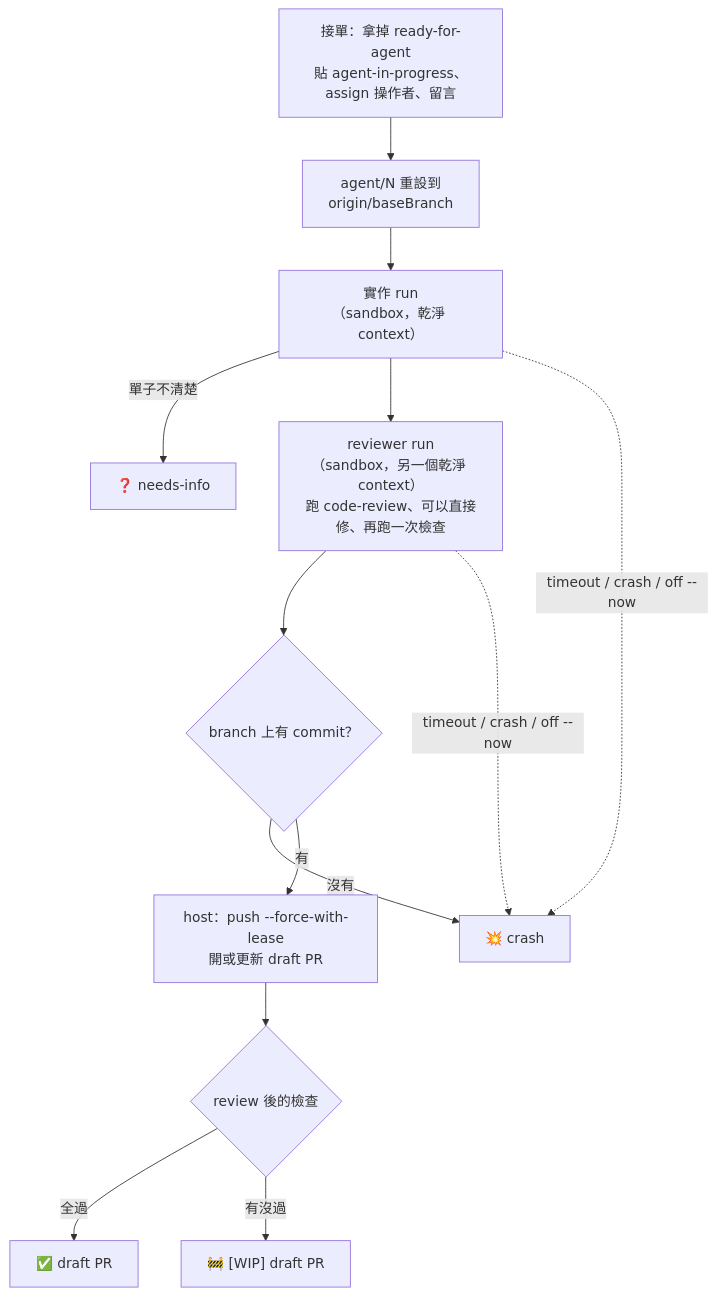
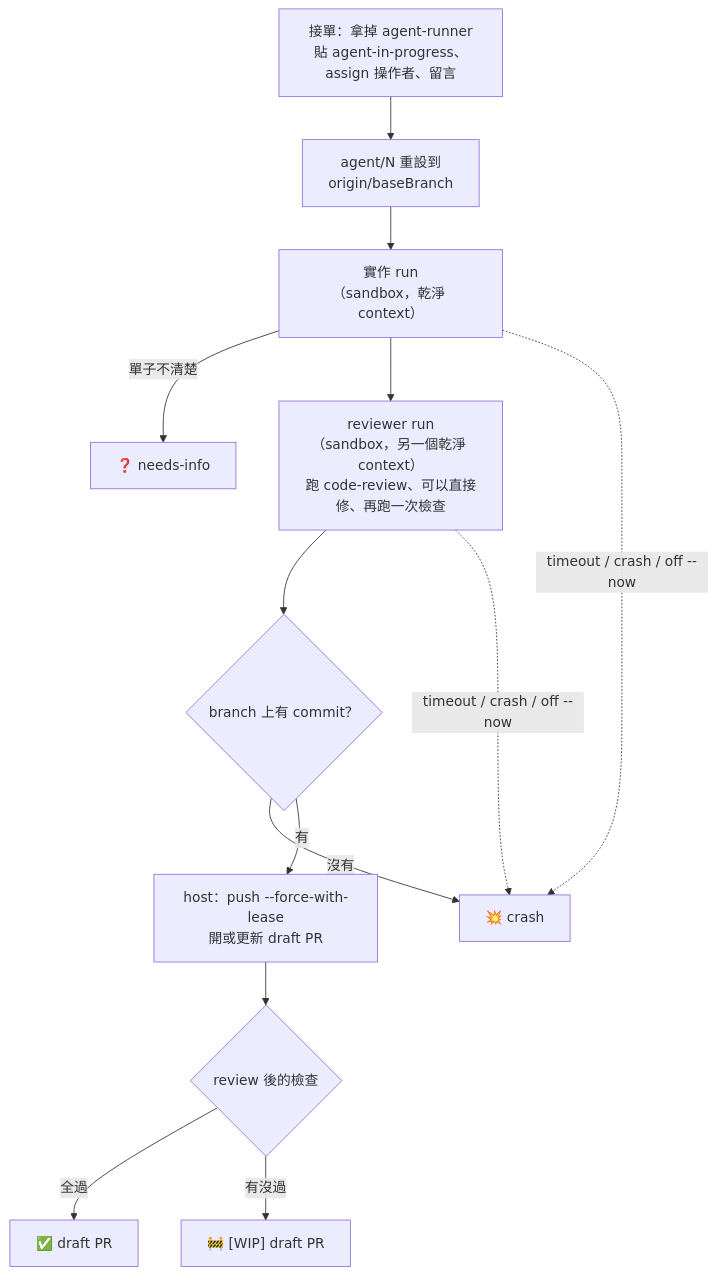
One commit to henry5720/agent-runner changed the third of 7 diagrams in README.md. Above: the diagram before and after it, drawn with Mermaid. The commit also changed other lines of this file and 9 other files, not shown here.

First line of the commit message:
feat: runner 只接 agent-runner label

````diff
--- a/README.md
+++ b/README.md
@@ -61,15 +61,15 @@
 ```mermaid
 flowchart TD
-  P["接單：拿掉 ready-for-agent<br/>貼 agent-in-progress、assign 操作者、留言"] --> R["agent/N 重設到<br/>origin/baseBranch"]
+  P["接單：拿掉 agent-runner<br/>貼 agent-in-progress、assign 操作者、留言"] --> R["agent/N 重設到<br/>origin/baseBranch"]
   R --> IM["實作 run<br/>（sandbox，乾淨 context）"]
   IM -- "單子不清楚" --> NI["❓ needs-info"]
   IM --> RV["reviewer run<br/>（sandbox，另一個乾淨 context）<br/>跑 code-review、可以直接修、再跑一次檢查"]
   RV --> C{"branch 上有 commit？"}
   C -- "沒有" --> CR["💥 crash"]
   C -- "有" --> PU["host：push --force-with-lease<br/>開或更新 draft PR"]
   PU --> OK{"review 後的檢查"}
   OK -- "全過" --> PASS["✅ draft PR"]
   OK -- "有沒過" --> WIP["🚧 [WIP] draft PR"]
   IM -. "timeout / crash / off --now" .-> CR
   RV -. "timeout / crash / off --now" .-> CR
 ```
````
